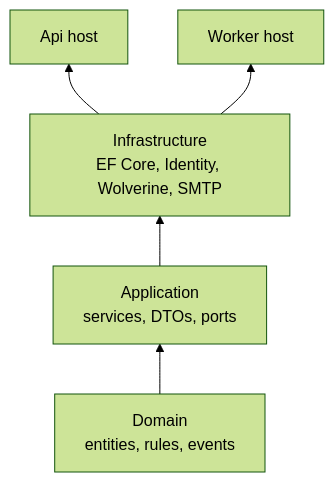
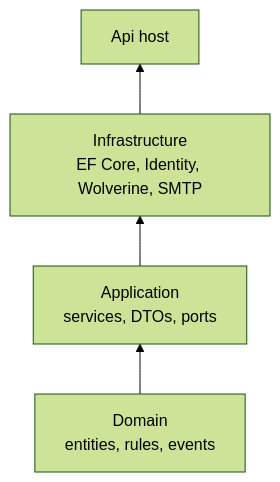
The second of 6 diagrams in docs/architecture.md (Mostafaa021/AppointmentScheduler), drawn with Mermaid (forest theme) before and after one commit. The commit also changed other lines of this file and 22 other files, not shown here.

First line of the commit message:
refactor: remove Worker project and Mailpit; Api is the single host

````diff
--- a/docs/architecture.md
+++ b/docs/architecture.md
@@ -18,7 +18,6 @@
 ```mermaid
 flowchart BT
   D[Domain<br/>entities, rules, events] --> AP[Application<br/>services, DTOs, ports]
   AP --> I[Infrastructure<br/>EF Core, Identity, Wolverine, SMTP]
   I --> API[Api host]
-  I --> WK[Worker host]
 ```
````
